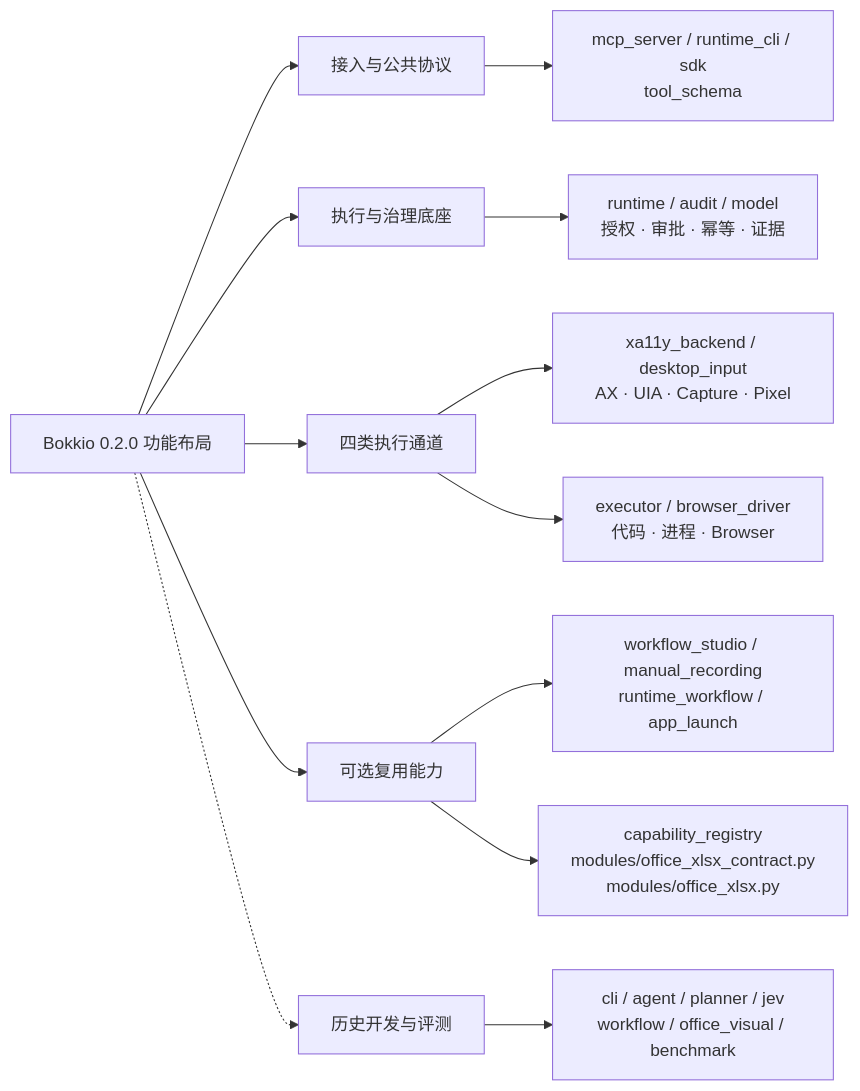
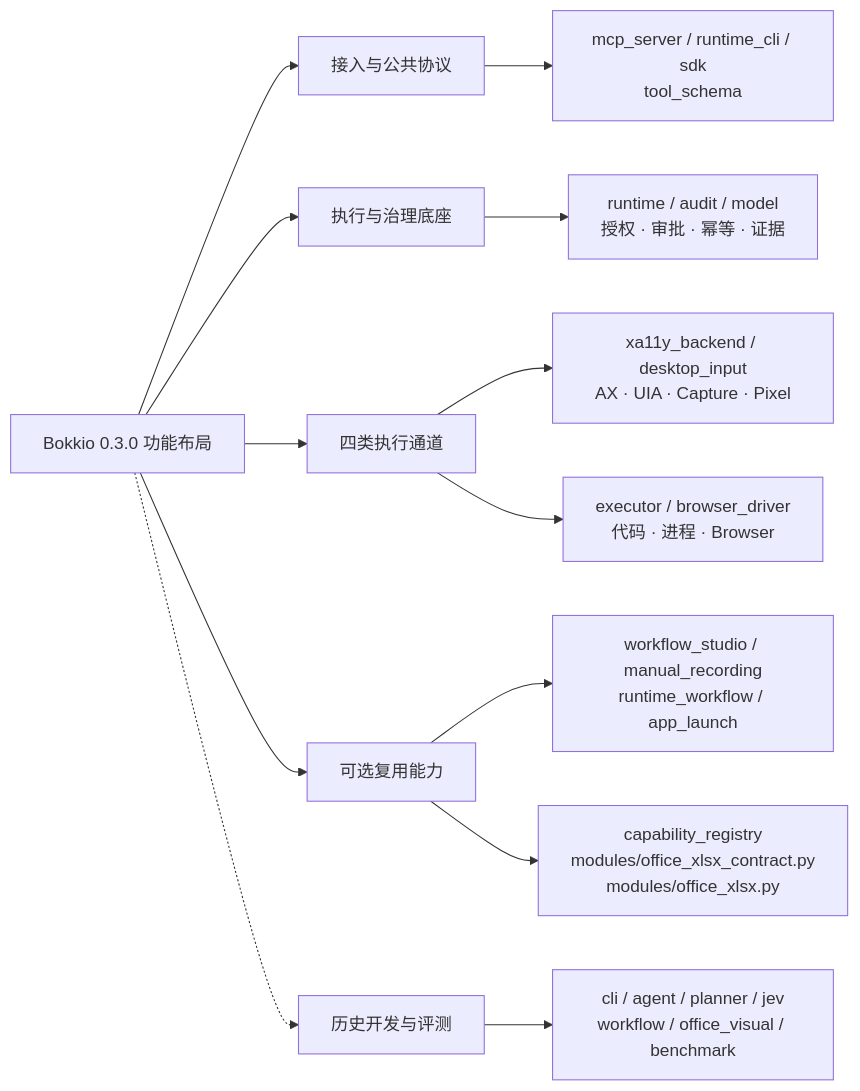
Before and after one commit to YeohsCode/Bokkio: the second of 2 diagrams in wiki/summaries/architecture-map.md, drawn with Mermaid. The commit also changed other lines of this file and 165 other files, not shown here.

````diff
--- a/wiki/summaries/architecture-map.md
+++ b/wiki/summaries/architecture-map.md
@@ -52,16 +52,16 @@
 ```mermaid
 flowchart LR
-    Package["Bokkio 0.2.0 功能布局"]
+    Package["Bokkio 0.3.0 功能布局"]
     Package --> Entry["接入与公共协议"]
     Entry --> Transports["mcp_server / runtime_cli / sdk<br/>tool_schema"]
     Package --> Governance["执行与治理底座"]
     Governance --> Kernel["runtime / audit / model<br/>授权 · 审批 · 幂等 · 证据"]
     Package --> Channels["四类执行通道"]
     Channels --> Desktop["xa11y_backend / desktop_input<br/>AX · UIA · Capture · Pixel"]
     Channels --> Workers["executor / browser_driver<br/>代码 · 进程 · Browser"]
     Package --> Extensions["可选复用能力"]
     Extensions --> Workflow["workflow_studio / manual_recording<br/>runtime_workflow / app_launch"]
     Extensions --> Modules["capability_registry<br/>modules/office_xlsx_contract.py<br/>modules/office_xlsx.py"]
     Package -.-> Legacy["历史开发与评测"]
     Legacy --> Old["cli / agent / planner / jev<br/>workflow / office_visual / benchmark"]
 ```
````
